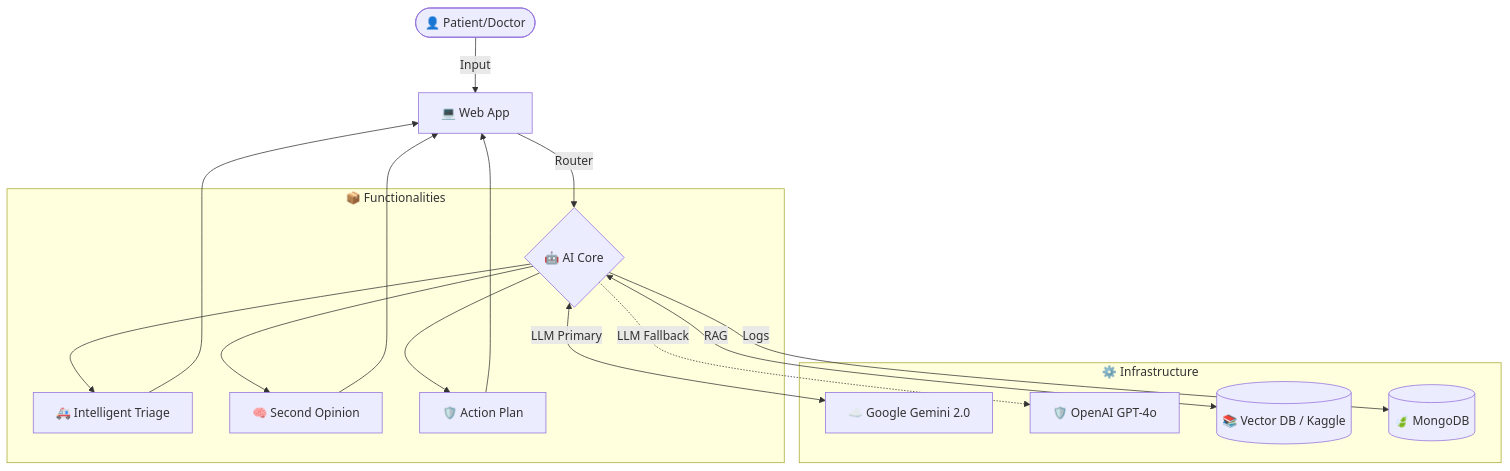
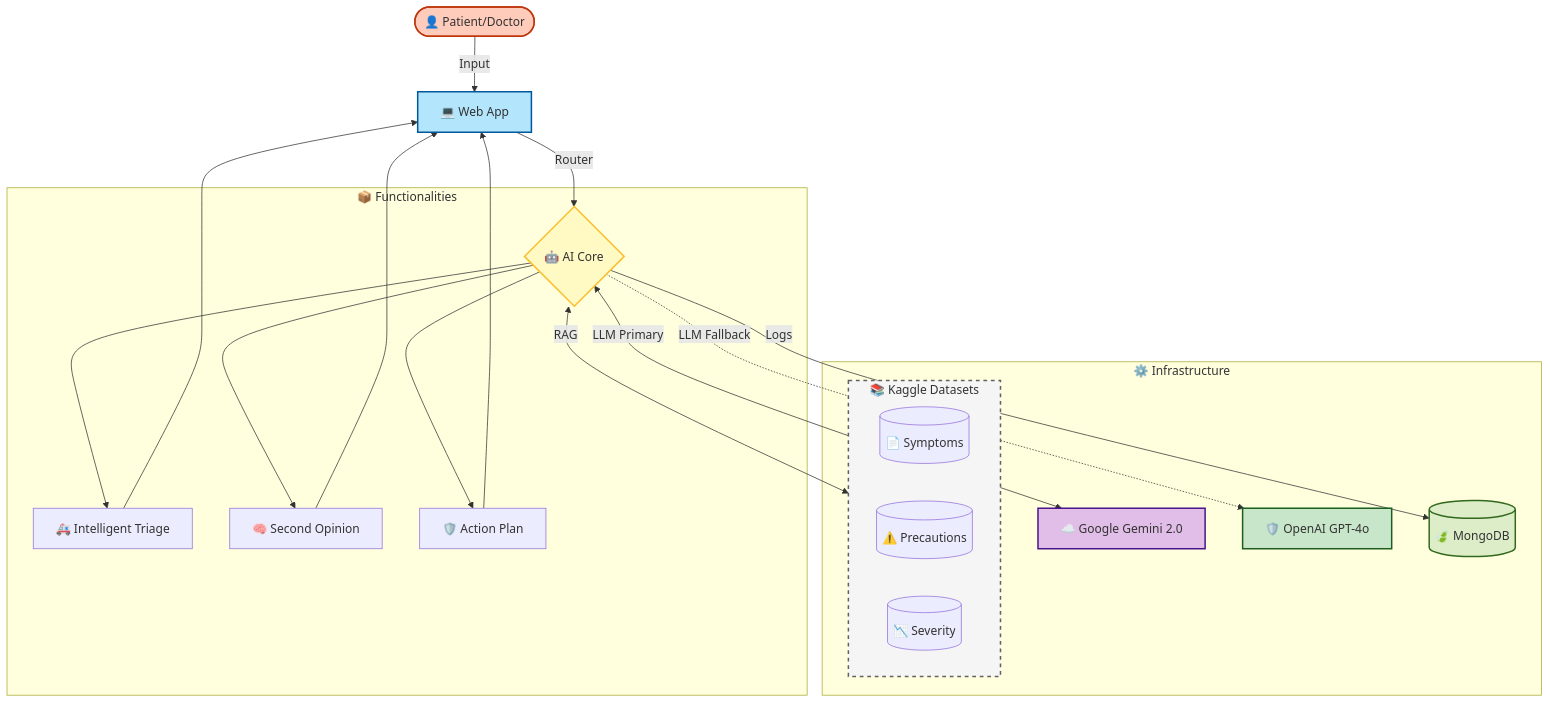
Before and after one commit to Adam-Blf/Projet-IA-Generative-Doctis-AI-mo: the second of 8 diagrams in README.md, drawn with Mermaid. The commit also changed other lines of this file, not shown here.

Commit message:
Docs: Update Mermaid diagrams with specific datasets and colors

````diff
--- a/README.md
+++ b/README.md
@@ -192,20 +206,34 @@
 ```mermaid
 graph TD
     User([👤 Patient/Doctor]) -->|Input| UI[💻 Web App];
     UI -->|Router| Agent{🤖 AI Core};
     
     subgraph Modules [📦 Functionalities]
         Agent --> Triage[🚑 Intelligent Triage];
         Agent --> SecondOp[🧠 Second Opinion];
         Agent --> Plan[🛡️ Action Plan];
     end
 
+    subgraph Data [📚 Kaggle Datasets]
+        D1[(📄 Symptoms)];
+        D2[(⚠️ Precautions)];
+        D3[(📉 Severity)];
+    end
+
     subgraph Backend [⚙️ Infrastructure]
         Agent <-->|LLM Primary| Gemini[☁️ Google Gemini 2.0];
         Agent -.->|LLM Fallback| GPT[🛡️ OpenAI GPT-4o];
-        Agent <-->|RAG| DB[(📚 Vector DB / Kaggle)];
+        Agent <-->|RAG| Data;
         Agent -->|Logs| Mongo[(🍃 MongoDB)];
     end
     
     Triage & SecondOp & Plan --> UI;
+    
+    style User fill:#ffccbc,stroke:#bf360c,stroke-width:2px;
+    style UI fill:#b3e5fc,stroke:#01579b,stroke-width:2px;
+    style Agent fill:#fff9c4,stroke:#fbc02d,stroke-width:2px;
+    style Gemini fill:#e1bee7,stroke:#4a148c,stroke-width:2px;
+    style GPT fill:#c8e6c9,stroke:#1b5e20,stroke-width:2px;
+    style Mongo fill:#dcedc8,stroke:#33691e,stroke-width:2px;
+    style Data fill:#f5f5f5,stroke:#616161,stroke-width:2px,stroke-dasharray: 5 5;
 ```
````
